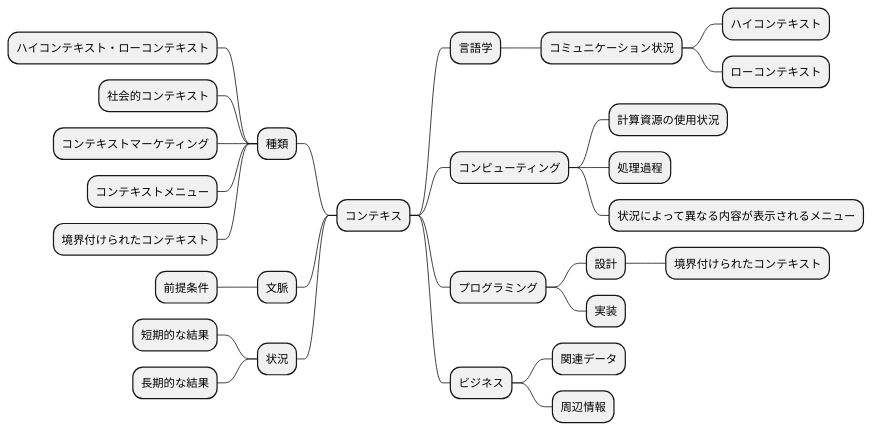
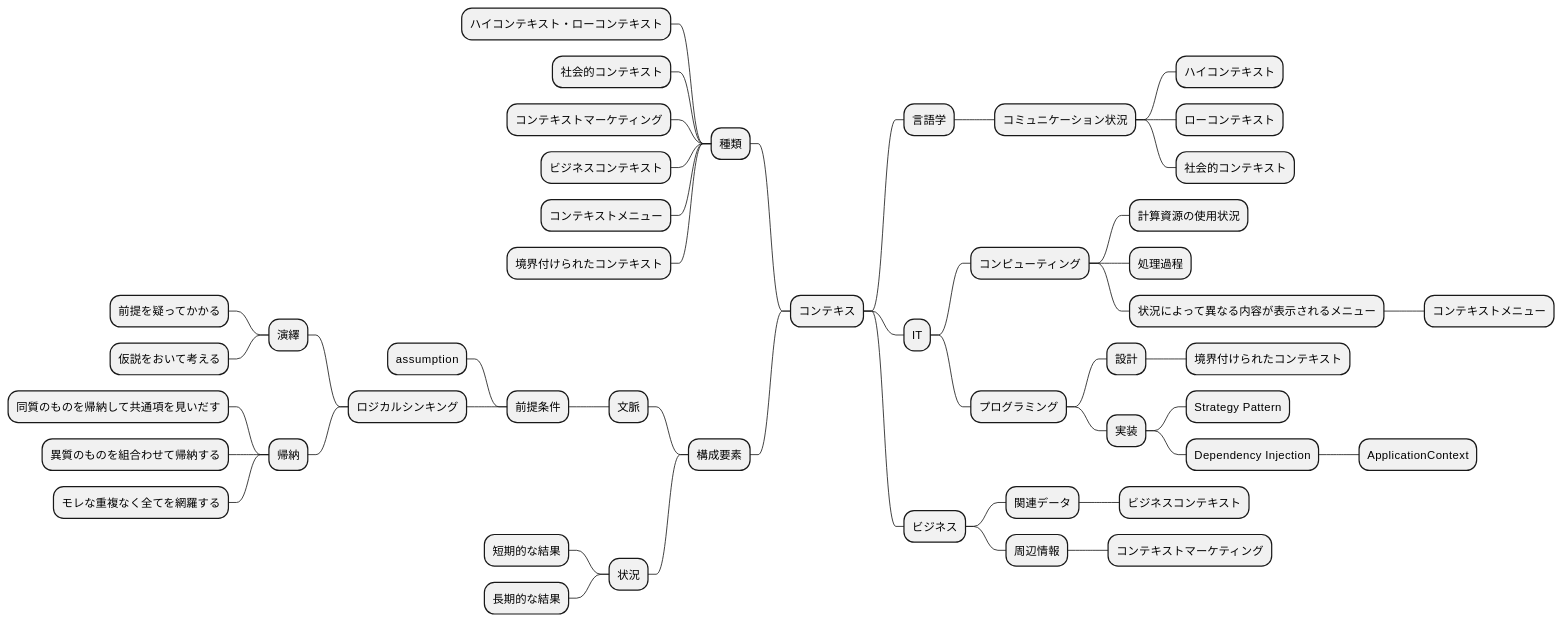
The first of 3 diagrams in docs/slides/episode03.md (k2works/pragmatic-presentation-exercise-2024), drawn with PlantUML before and after one commit. The commit also changed other lines of this file, not shown here.

````diff
--- a/docs/slides/episode03.md
+++ b/docs/slides/episode03.md
@@ -80,33 +85,52 @@
 ```plantuml
 @startmindmap
 
 * コンテキス
 -- 種類
 --- ハイコンテキスト・ローコンテキスト
 --- 社会的コンテキスト
 --- コンテキストマーケティング
+--- ビジネスコンテキスト
 --- コンテキストメニュー
 --- 境界付けられたコンテキスト
--- 文脈
---- 前提条件
--- 状況
---- 短期的な結果
---- 長期的な結果
+-- 構成要素
+--- 文脈
+---- 前提条件
+----- assumption
+----- ロジカルシンキング
+------ 演繹
+------- 前提を疑ってかかる
+------- 仮説をおいて考える
+------ 帰納
+------- 同質のものを帰納して共通項を見いだす
+------- 異質のものを組合わせて帰納する
+------- モレな重複なく全てを網羅する
+--- 状況
+---- 短期的な結果
+---- 長期的な結果
 ** 言語学
 *** コミュニケーション状況
 **** ハイコンテキスト
 **** ローコンテキスト
-** コンピューティング
-*** 計算資源の使用状況
-*** 処理過程
-*** 状況によって異なる内容が表示されるメニュー
-** プログラミング
-*** 設計
-**** 境界付けられたコンテキスト
-*** 実装
+**** 社会的コンテキスト
+** IT
+*** コンピューティング
+**** 計算資源の使用状況
+**** 処理過程
+**** 状況によって異なる内容が表示されるメニュー
+***** コンテキストメニュー
+*** プログラミング
+**** 設計
+***** 境界付けられたコンテキスト
+**** 実装
+***** Strategy Pattern
+***** Dependency Injection
+****** ApplicationContext
 ** ビジネス
 *** 関連データ
+**** ビジネスコンテキスト
 *** 周辺情報
+**** コンテキストマーケティング
 
 @endmindmap
 ```
````
